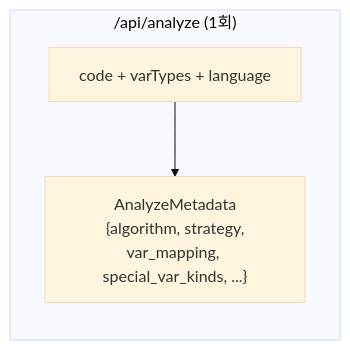
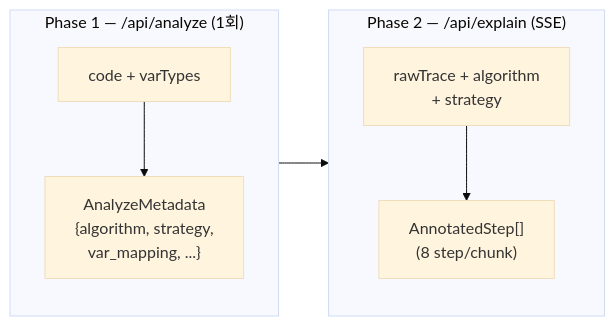
The first of 2 diagrams in docs/features/ai-pipeline.md (ultra-ai-dle/frogger), drawn with Mermaid (base theme) before and after one commit. The commit also changed other lines of this file and 24 other files, not shown here.

````diff
--- a/docs/features/ai-pipeline.md
+++ b/docs/features/ai-pipeline.md
@@ -8,6 +8,12 @@
 ```mermaid
 flowchart LR
-    subgraph Analyze["/api/analyze (1회)"]
-        A_IN["code + varTypes + language"] --> A_OUT["AnalyzeMetadata\n{algorithm, strategy,\nvar_mapping, special_var_kinds, ...}"]
+    subgraph Phase1["Phase 1 — /api/analyze (1회)"]
+        A_IN["code + varTypes"] --> A_OUT["AnalyzeMetadata\n{algorithm, strategy,\nvar_mapping, ...}"]
     end
+
+    subgraph Phase2["Phase 2 — /api/explain (SSE)"]
+        E_IN["rawTrace + algorithm\n+ strategy"] --> E_OUT["AnnotatedStep[]\n(8 step/chunk)"]
+    end
+
+    Phase1 --> Phase2
 ```
````
